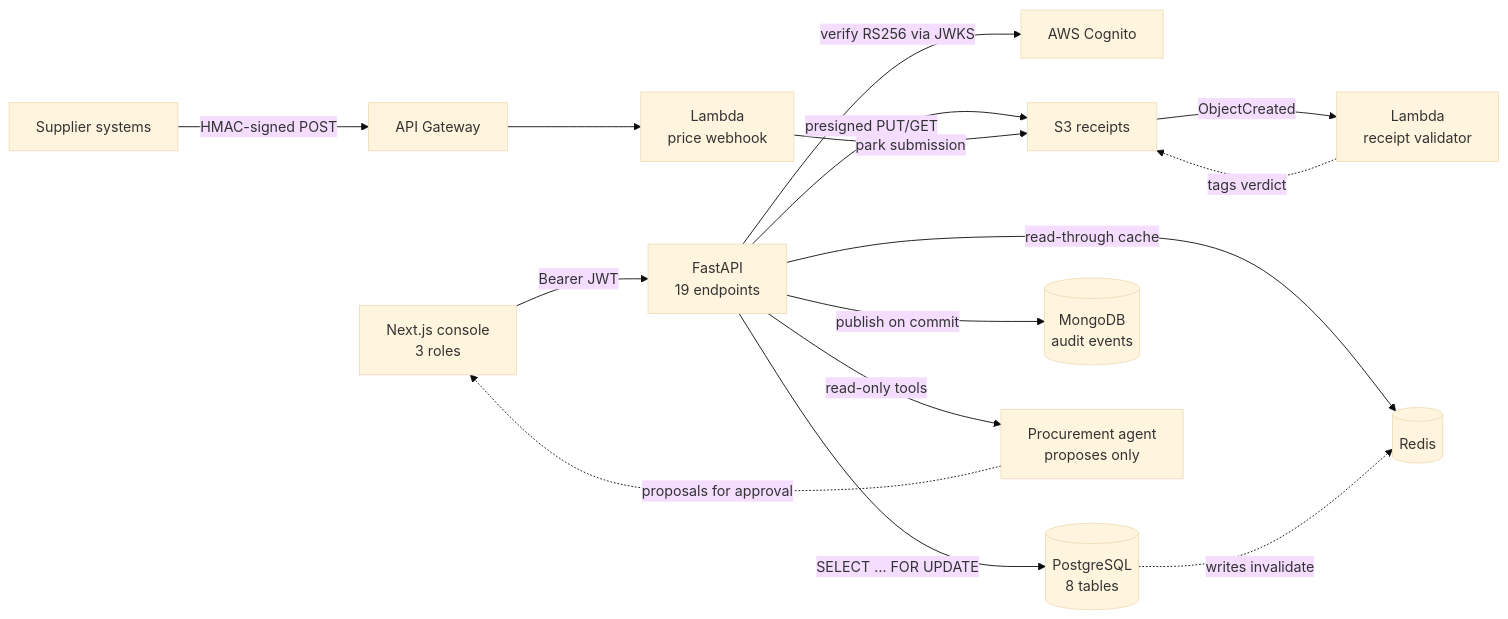
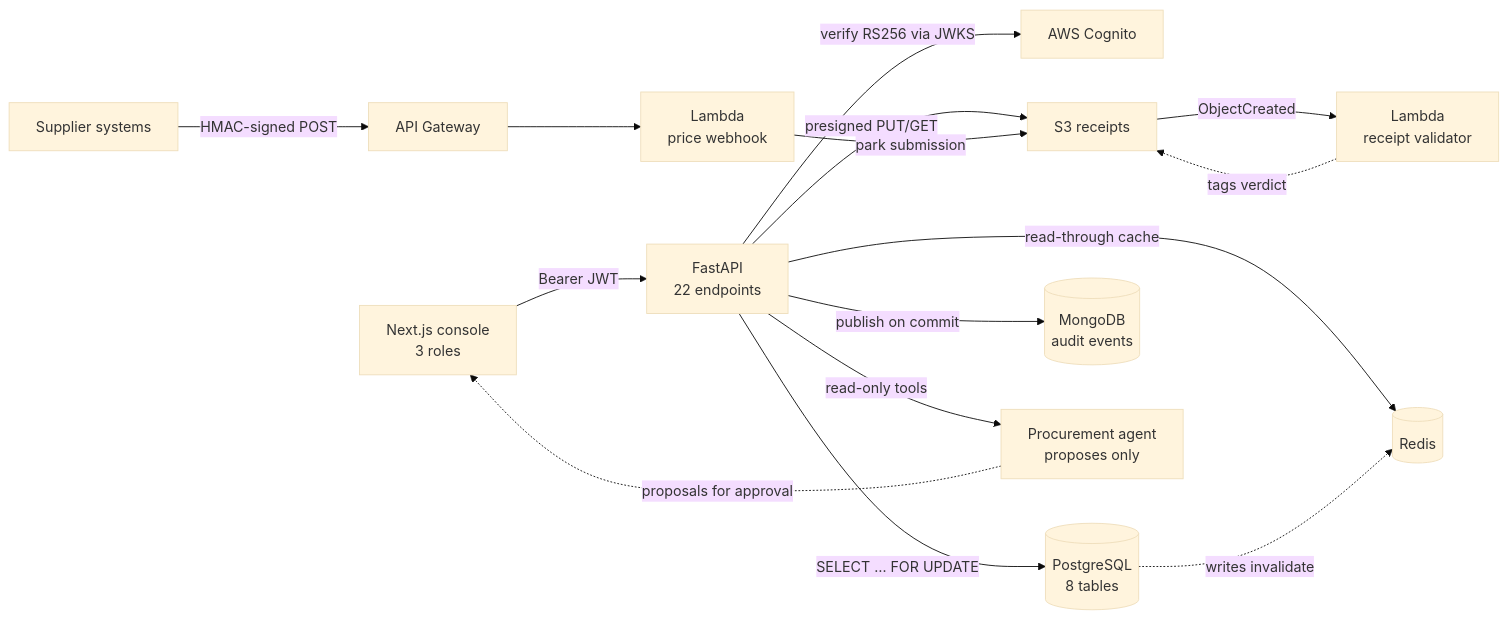
Before and after one commit to kingmars2022/stockroom-warehouse-system: the diagram in README.md, drawn with Mermaid (base theme). The commit also changed other lines of this file and 4 other files, not shown here.

````diff
--- a/README.md
+++ b/README.md
@@ -13,17 +14,17 @@
 ```mermaid
 flowchart LR
-    B["Next.js console<br/>3 roles"] -->|"Bearer JWT"| A["FastAPI<br/>19 endpoints"]
+    B["Next.js console<br/>3 roles"] -->|"Bearer JWT"| A["FastAPI<br/>22 endpoints"]
     A -->|"verify RS256 via JWKS"| C["AWS Cognito"]
     A -->|"SELECT … FOR UPDATE"| D[("PostgreSQL<br/>8 tables")]
     A -->|"read-through cache"| R[("Redis")]
     A -->|"presigned PUT/GET"| S["S3 receipts"]
     A -->|"publish on commit"| M[("MongoDB<br/>audit events")]
     D -.->|"writes invalidate"| R
     A -->|"read-only tools"| AG["Procurement agent<br/>proposes only"]
     AG -.->|"proposals for approval"| B
     SUP["Supplier systems"] -->|"HMAC-signed POST"| G["API Gateway"]
     G --> L2["Lambda<br/>price webhook"]
     L2 -->|"park submission"| S
     S -->|"ObjectCreated"| L1["Lambda<br/>receipt validator"]
     L1 -.->|"tags verdict"| S
 ```
````
